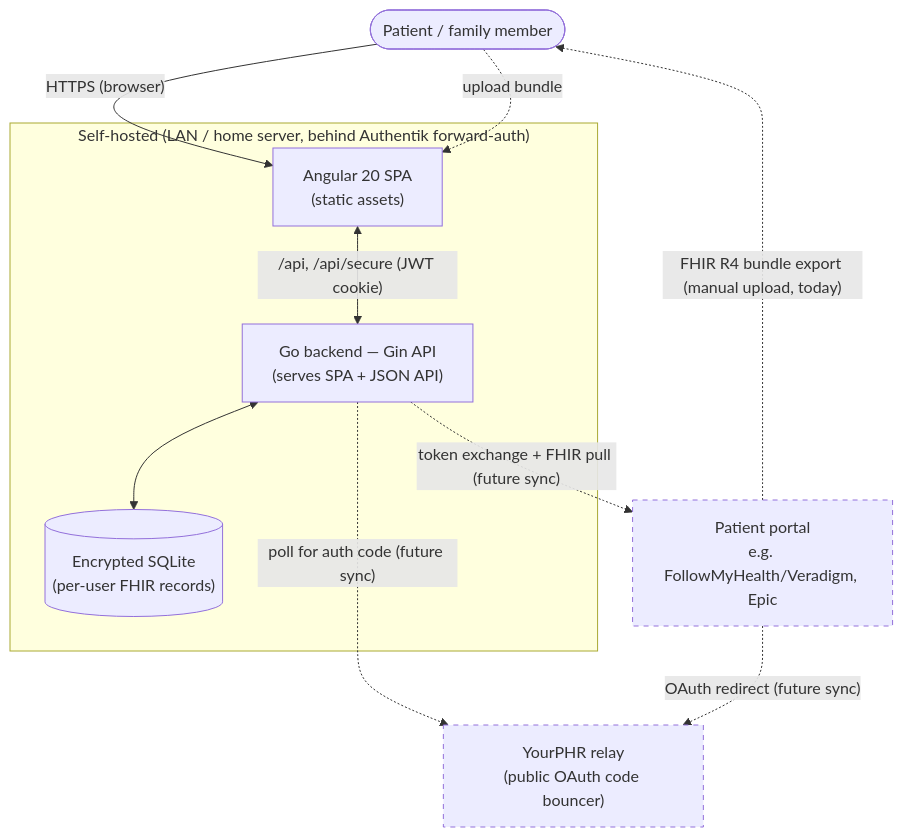
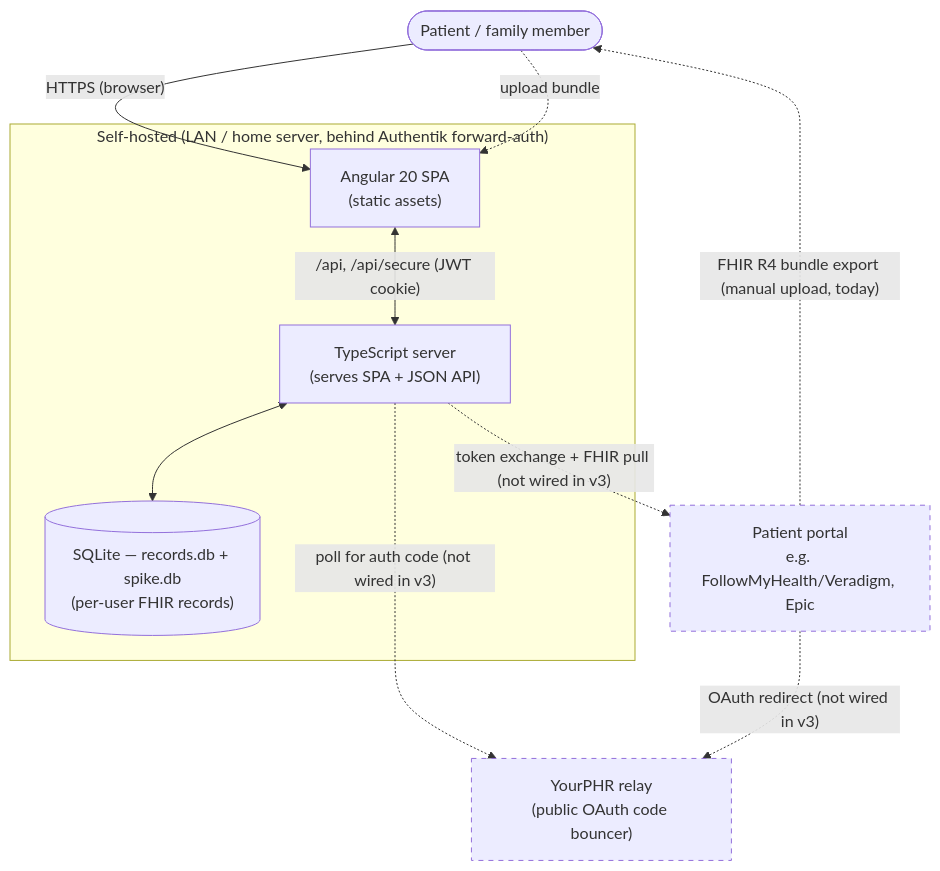
One commit to ep-ipc/yourphr changed the first of 5 diagrams in docs/architecture.md. Above: the diagram before and after it, drawn with Mermaid. The commit also changed other lines of this file and 10 other files, not shown here.

````diff
--- a/docs/architecture.md
+++ b/docs/architecture.md
@@ -17,26 +19,26 @@
 ```mermaid
 flowchart TB
     patient([Patient / family member])
     portal[Patient portal<br/>e.g. FollowMyHealth/Veradigm, Epic]
 
     subgraph self["Self-hosted (LAN / home server, behind Authentik forward-auth)"]
         spa["Angular 20 SPA<br/>(static assets)"]
-        api["Go backend — Gin API<br/>(serves SPA + JSON API)"]
-        db[("Encrypted SQLite<br/>(per-user FHIR records)")]
+        api["TypeScript server<br/>(serves SPA + JSON API)"]
+        db[("SQLite — records.db + spike.db<br/>(per-user FHIR records)")]
     end
 
     relay["YourPHR relay<br/>(public OAuth code bouncer)"]
 
     patient -->|"HTTPS (browser)"| spa
     spa <-->|"/api, /api/secure (JWT cookie)"| api
     api <--> db
     portal -.->|"FHIR R4 bundle export (manual upload, today)"| patient
     patient -.->|upload bundle| spa
 
-    api -.->|"poll for auth code (future sync)"| relay
-    portal -.->|"OAuth redirect (future sync)"| relay
-    api -.->|"token exchange + FHIR pull (future sync)"| portal
+    api -.->|"poll for auth code (not wired in v3)"| relay
+    portal -.->|"OAuth redirect (not wired in v3)"| relay
+    api -.->|"token exchange + FHIR pull (not wired in v3)"| portal
 
     classDef future stroke-dasharray: 5 5;
     class relay,portal future;
 ```
````
